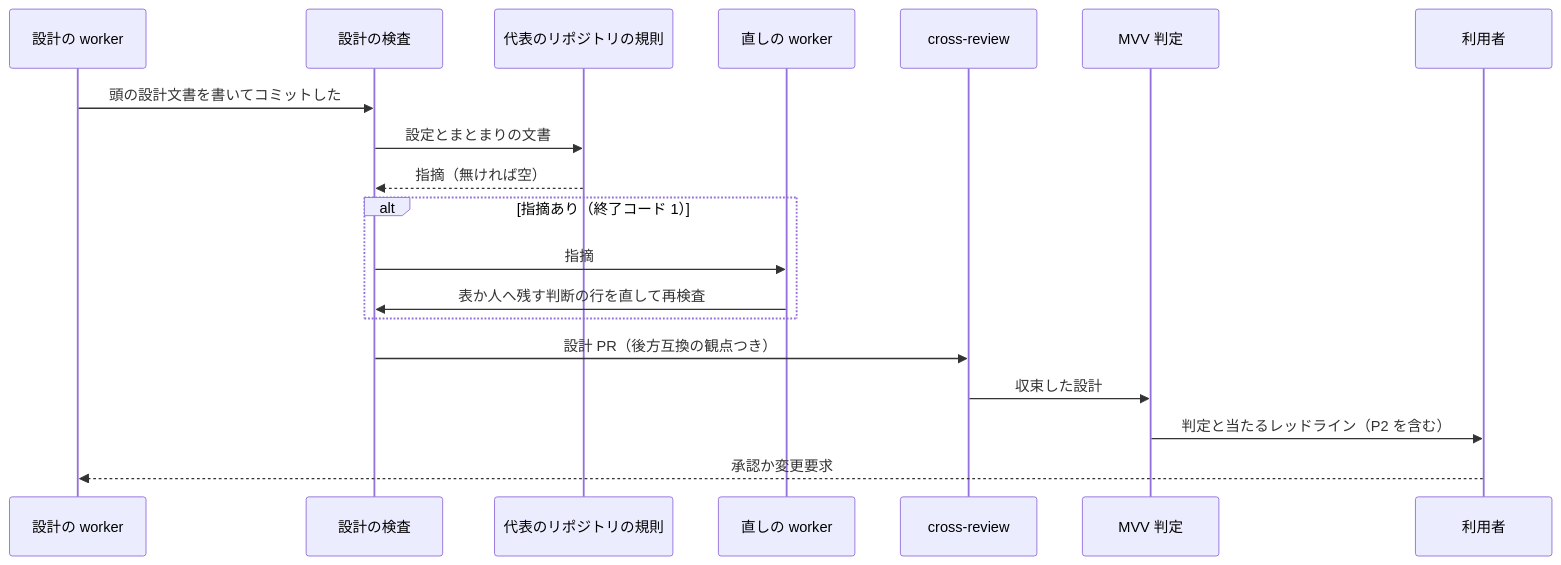
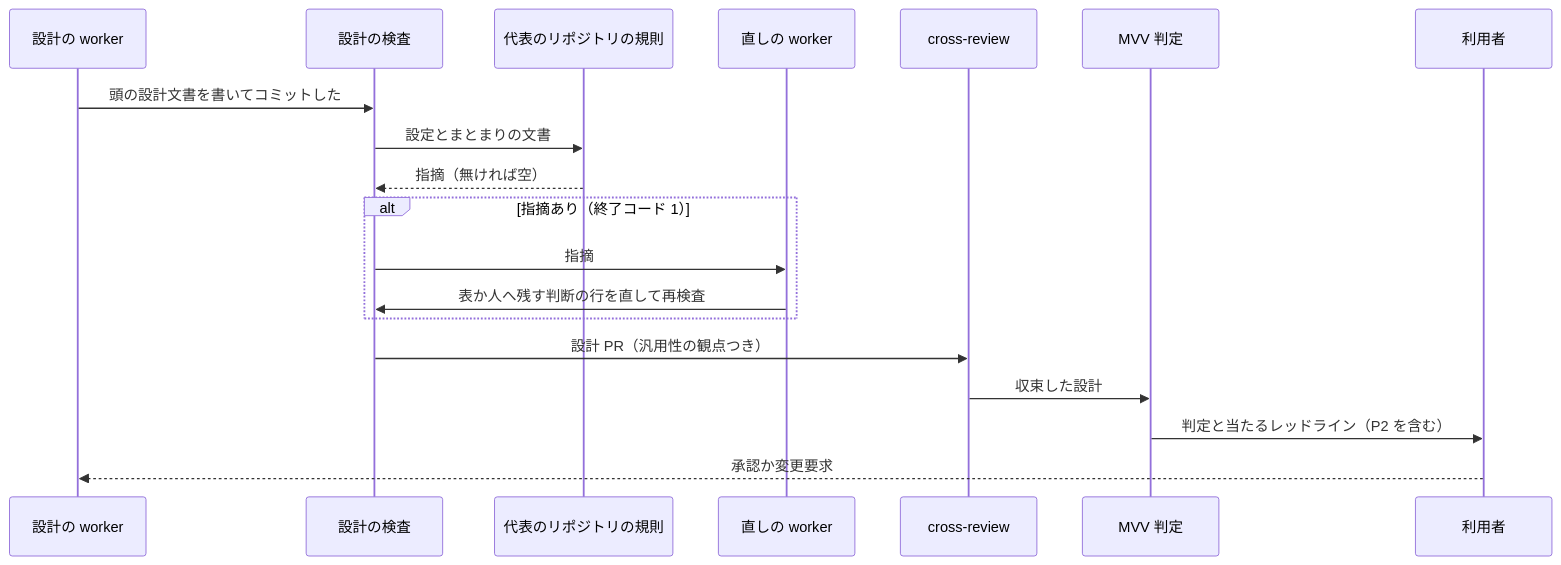
One commit to devbasex/ai-plugins changed the second of 2 diagrams in issues/issue-3618-design.md. Above: the diagram before and after it, drawn with Mermaid. The commit also changed other lines of this file and 4 other files, not shown here.

````diff
--- a/issues/issue-3618-design.md
+++ b/issues/issue-3618-design.md
@@ -293,21 +297,21 @@
 ```mermaid
 sequenceDiagram
   participant W as 設計の worker
   participant S as 設計の検査
   participant R as 代表のリポジトリの規則
   participant F as 直しの worker
   participant X as cross-review
   participant M as MVV 判定
   participant H as 利用者
   W->>S: 頭の設計文書を書いてコミットした
   S->>R: 設定とまとまりの文書
   R-->>S: 指摘（無ければ空）
   alt 指摘あり（終了コード 1）
     S->>F: 指摘
     F->>S: 表か人へ残す判断の行を直して再検査
   end
-  S->>X: 設計 PR（後方互換の観点つき）
+  S->>X: 設計 PR（汎用性の観点つき）
   X->>M: 収束した設計
   M->>H: 判定と当たるレッドライン（P2 を含む）
   H-->>W: 承認か変更要求
 ```
````
